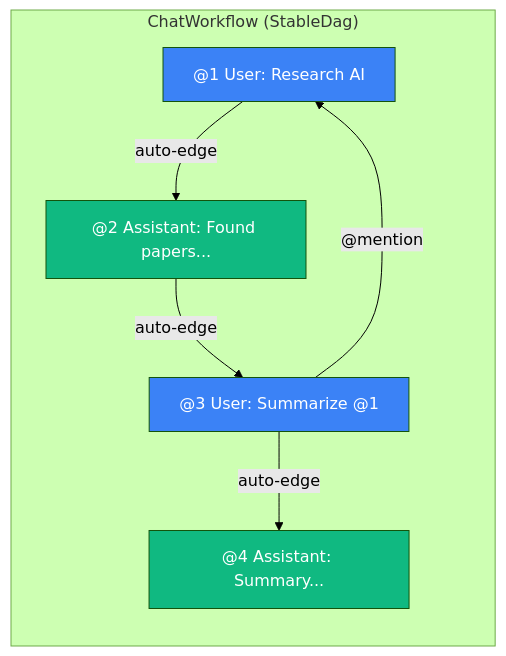
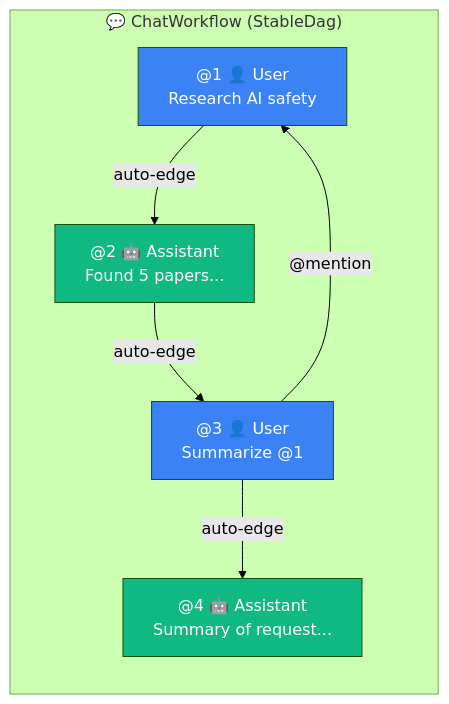
One commit to supernovae-st/nika changed the seventh of 13 diagrams in README.md. Above: the diagram before and after it, drawn with Mermaid (forest theme). The commit also changed other lines of this file, not shown here.

````diff
--- a/README.md
+++ b/README.md
@@ -457,19 +826,19 @@
 ```mermaid
 flowchart LR
-    subgraph ChatWorkflow["ChatWorkflow (StableDag)"]
-        M1["@1 User: Research AI"]
-        M2["@2 Assistant: Found papers..."]
-        M3["@3 User: Summarize @1"]
-        M4["@4 Assistant: Summary..."]
+    subgraph ChatWorkflow["💬 ChatWorkflow (StableDag)"]
+        M1["@1 👤 User<br/>Research AI safety"]
+        M2["@2 🤖 Assistant<br/>Found 5 papers..."]
+        M3["@3 👤 User<br/>Summarize @1"]
+        M4["@4 🤖 Assistant<br/>Summary of request..."]
     end
 
     M1 -->|"auto-edge"| M2
     M2 -->|"auto-edge"| M3
     M3 -->|"@mention"| M1
     M3 -->|"auto-edge"| M4
 
     style M1 fill:#3b82f6,color:#fff
     style M2 fill:#10b981,color:#fff
     style M3 fill:#3b82f6,color:#fff
     style M4 fill:#10b981,color:#fff
 ```
````
